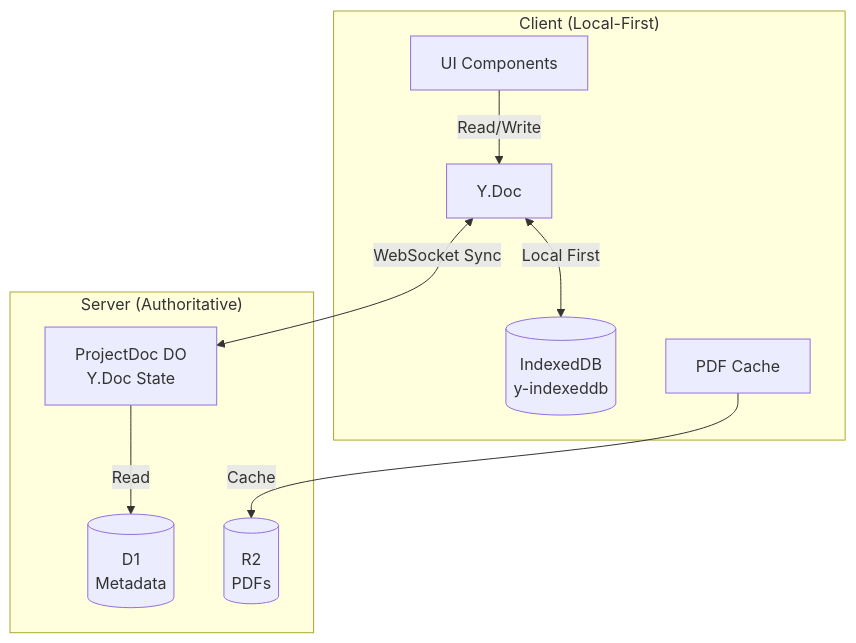
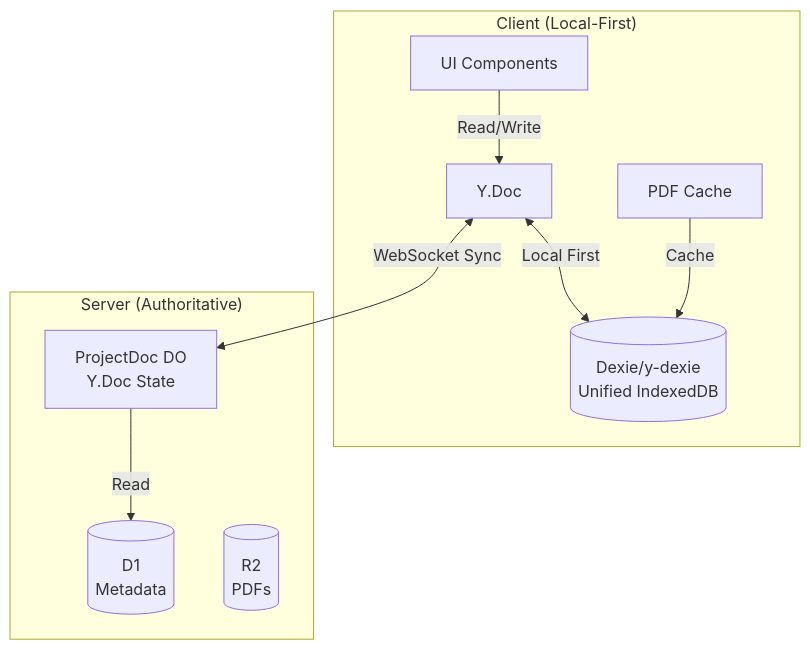
Before and after one commit to InfinityBowman/corates: the diagram in packages/docs/architecture/diagrams/08-yjs-sync.md, drawn with Mermaid. The commit also changed 12 other files, not shown here.

````diff
--- a/packages/docs/architecture/diagrams/08-yjs-sync.md
+++ b/packages/docs/architecture/diagrams/08-yjs-sync.md
@@ -1,21 +1,21 @@
 ```mermaid
 flowchart TB
     subgraph Client["Client (Local-First)"]
         UI[UI Components]
         YDoc[Y.Doc]
-        IDB[(IndexedDB<br/>y-indexeddb)]
+        Dexie[(Dexie/y-dexie<br/>Unified IndexedDB)]
         Cache[PDF Cache]
     end
 
     subgraph Server["Server (Authoritative)"]
         DO[ProjectDoc DO<br/>Y.Doc State]
         D1[(D1<br/>Metadata)]
         R2[(R2<br/>PDFs)]
     end
 
-    YDoc <-->|"Local First"| IDB
+    YDoc <-->|"Local First"| Dexie
     YDoc <-->|"WebSocket Sync"| DO
     UI -->|"Read/Write"| YDoc
-    Cache -->|"Cache"| R2
+    Cache -->|"Cache"| Dexie
     DO -->|"Read"| D1
 ```
````
